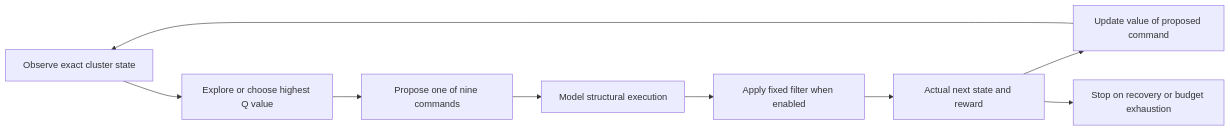
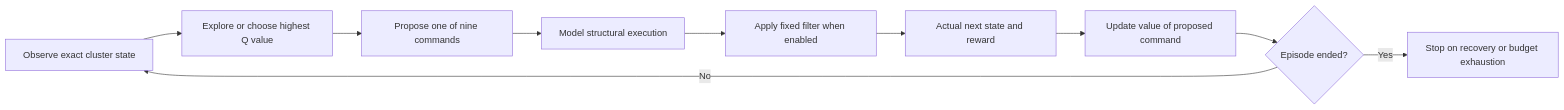
Before and after one commit to kbroussard34749/rl-edge-recovery-part2: the first of 2 diagrams in docs/visual_plan.md, drawn with Mermaid. The commit also changed other lines of this file and 13 other files, not shown here.

````diff
--- a/docs/visual_plan.md
+++ b/docs/visual_plan.md
@@ -24,11 +24,12 @@
 ```mermaid
 flowchart LR
     S[Observe exact cluster state] --> Q[Explore or choose highest Q value]
     Q --> P[Propose one of nine commands]
     P --> M[Model structural execution]
     M --> F[Apply fixed filter when enabled]
     F --> O[Actual next state and reward]
     O --> U[Update value of proposed command]
-    U --> S
-    O --> T[Stop on recovery or budget exhaustion]
+    U --> D{Episode ended?}
+    D -->|No| S
+    D -->|Yes| T[Stop on recovery or budget exhaustion]
 ```
````
